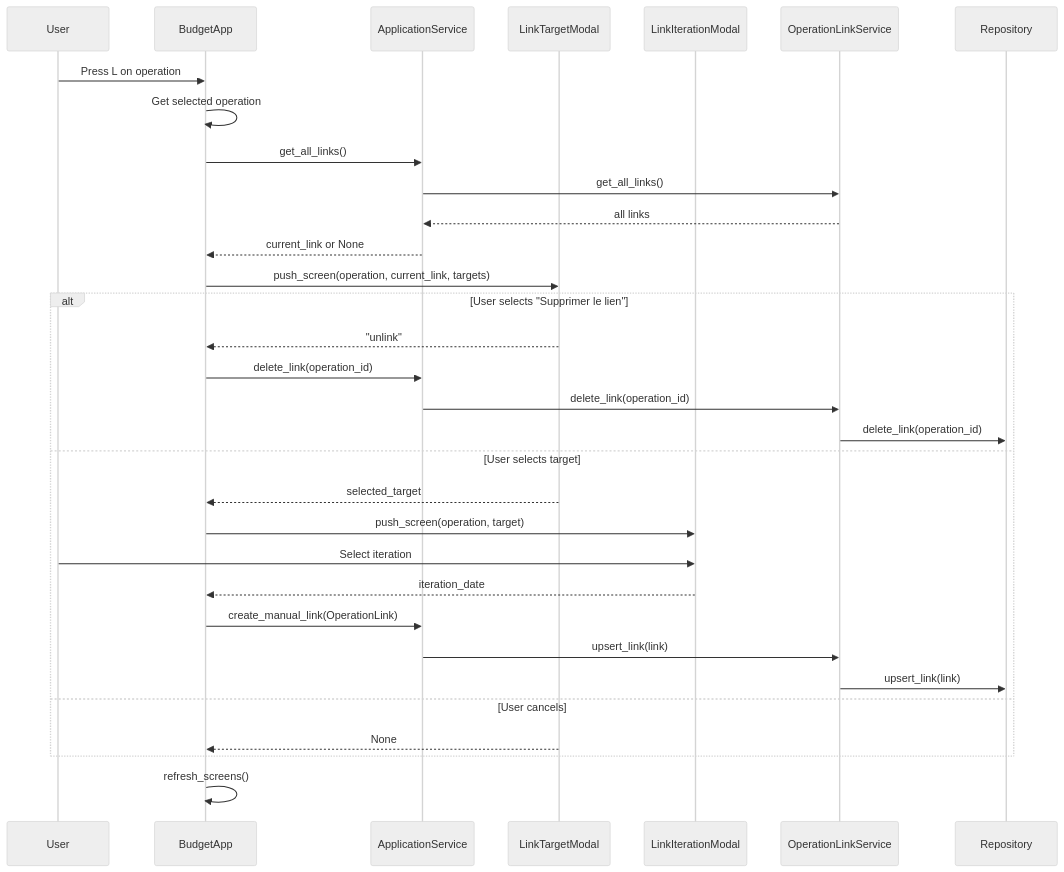
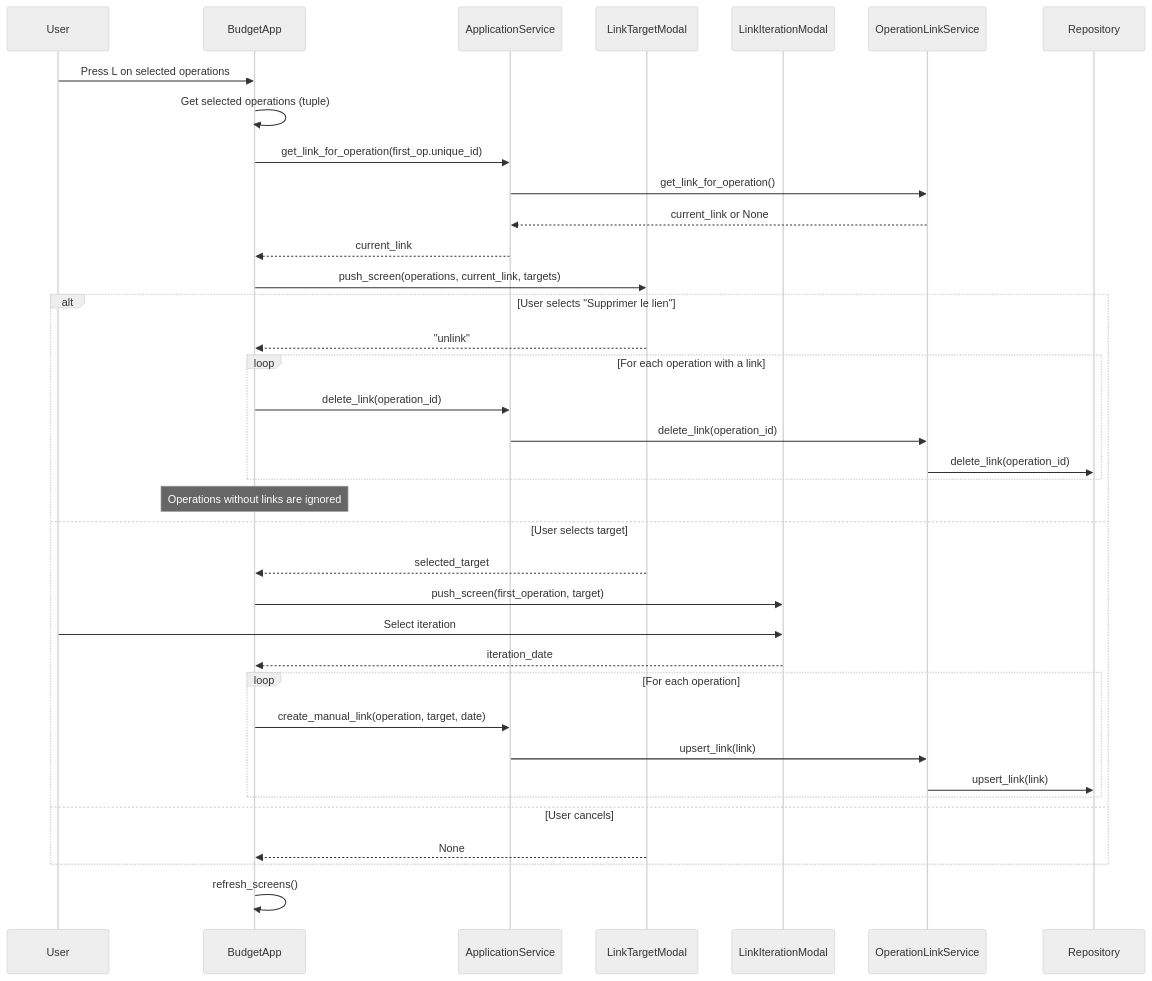
One commit to corentin-core/budget-forecaster changed the fifth of 8 diagrams in docs/dev/operation-links.md. Above: the diagram before and after it, drawn with Mermaid (neutral theme). The commit also changed other lines of this file and 19 other files, not shown here.

First line of the commit message:
feat: integrate CategorizeScreen into TUI app (#88) (#91)

````diff
--- a/docs/dev/operation-links.md
+++ b/docs/dev/operation-links.md
@@ -352,37 +355,42 @@
 ```mermaid
 sequenceDiagram
     participant User
     participant TUI as BudgetApp
     participant AS as ApplicationService
     participant LTM as LinkTargetModal
     participant LIM as LinkIterationModal
     participant OLS as OperationLinkService
     participant Repo as Repository
 
-    User->>TUI: Press L on operation
-    TUI->>TUI: Get selected operation
-    TUI->>AS: get_all_links()
-    AS->>OLS: get_all_links()
-    OLS-->>AS: all links
-    AS-->>TUI: current_link or None
-    TUI->>LTM: push_screen(operation, current_link, targets)
+    User->>TUI: Press L on selected operations
+    TUI->>TUI: Get selected operations (tuple)
+    TUI->>AS: get_link_for_operation(first_op.unique_id)
+    AS->>OLS: get_link_for_operation()
+    OLS-->>AS: current_link or None
+    AS-->>TUI: current_link
+    TUI->>LTM: push_screen(operations, current_link, targets)
 
     alt User selects "Supprimer le lien"
         LTM-->>TUI: "unlink"
-        TUI->>AS: delete_link(operation_id)
-        AS->>OLS: delete_link(operation_id)
-        OLS->>Repo: delete_link(operation_id)
+        loop For each operation with a link
+            TUI->>AS: delete_link(operation_id)
+            AS->>OLS: delete_link(operation_id)
+            OLS->>Repo: delete_link(operation_id)
+        end
+        Note over TUI: Operations without links are ignored
     else User selects target
         LTM-->>TUI: selected_target
-        TUI->>LIM: push_screen(operation, target)
+        TUI->>LIM: push_screen(first_operation, target)
         User->>LIM: Select iteration
         LIM-->>TUI: iteration_date
-        TUI->>AS: create_manual_link(OperationLink)
-        AS->>OLS: upsert_link(link)
-        OLS->>Repo: upsert_link(link)
+        loop For each operation
+            TUI->>AS: create_manual_link(operation, target, date)
+            AS->>OLS: upsert_link(link)
+            OLS->>Repo: upsert_link(link)
+        end
     else User cancels
         LTM-->>TUI: None
     end
 
     TUI->>TUI: refresh_screens()
 ```
````
